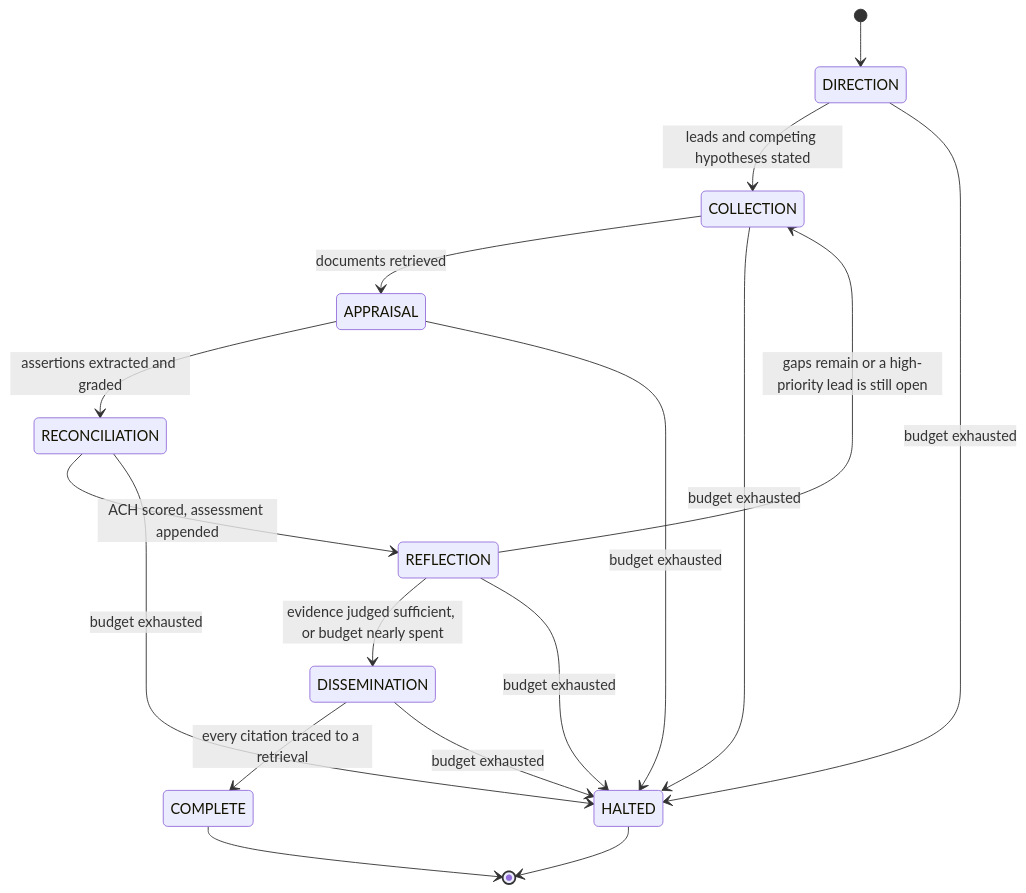
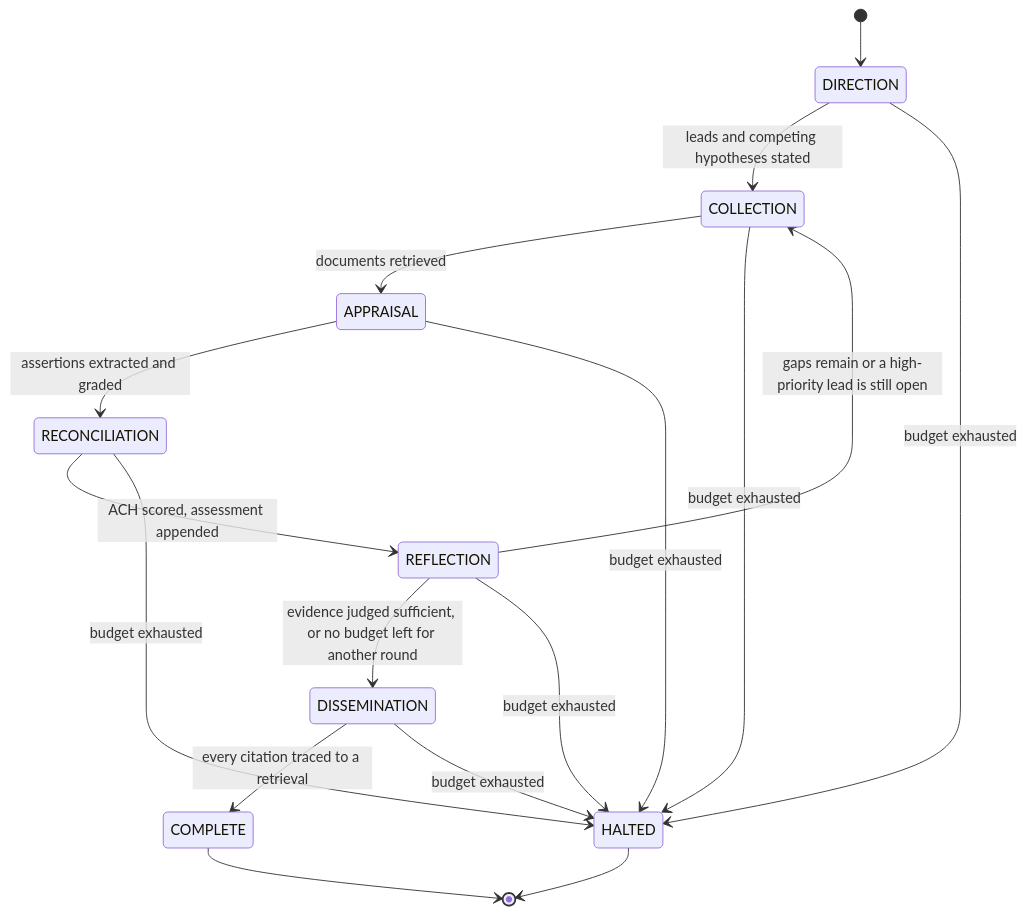
One commit to Kritantasasanroy/agentic-osint-harness changed the first of 2 diagrams in docs/architecture.md. Above: the diagram before and after it, drawn with Mermaid. The commit also changed other lines of this file and 18 other files, not shown here.

````diff
--- a/docs/architecture.md
+++ b/docs/architecture.md
@@ -9,22 +9,22 @@
 ```mermaid
 stateDiagram-v2
     [*] --> DIRECTION
 
     DIRECTION --> COLLECTION: leads and competing hypotheses stated
     COLLECTION --> APPRAISAL: documents retrieved
     APPRAISAL --> RECONCILIATION: assertions extracted and graded
     RECONCILIATION --> REFLECTION: ACH scored, assessment appended
     REFLECTION --> COLLECTION: gaps remain or a high-priority lead is still open
-    REFLECTION --> DISSEMINATION: evidence judged sufficient, or budget nearly spent
+    REFLECTION --> DISSEMINATION: evidence judged sufficient, or no budget left for another round
     DISSEMINATION --> COMPLETE: every citation traced to a retrieval
 
     DIRECTION --> HALTED: budget exhausted
     COLLECTION --> HALTED: budget exhausted
     APPRAISAL --> HALTED: budget exhausted
     RECONCILIATION --> HALTED: budget exhausted
     REFLECTION --> HALTED: budget exhausted
     DISSEMINATION --> HALTED: budget exhausted
 
     COMPLETE --> [*]
     HALTED --> [*]
 ```
````
